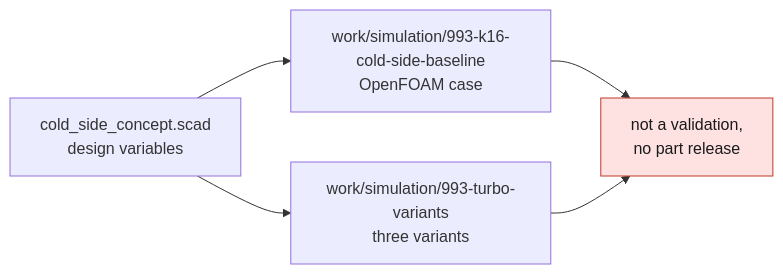
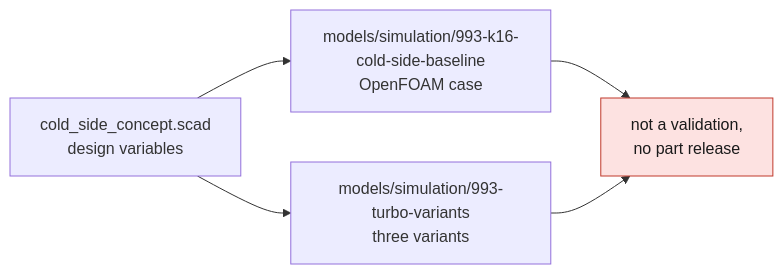
One commit to cluster2600/porscheparts changed the diagram in parts/993-turbocharger-k16-cold-side-prototype/README.md. Above: the diagram before and after it, drawn with Mermaid. The commit also changed other lines of this file and 140 other files, not shown here.

````diff
--- a/parts/993-turbocharger-k16-cold-side-prototype/README.md
+++ b/parts/993-turbocharger-k16-cold-side-prototype/README.md
@@ -14,9 +14,9 @@
 ```mermaid
 flowchart LR
-    P["cold_side_concept.scad<br/>design variables"] --> C["work/simulation/993-k16-cold-side-baseline<br/>OpenFOAM case"]
-    P --> V["work/simulation/993-turbo-variants<br/>three variants"]
+    P["cold_side_concept.scad<br/>design variables"] --> C["models/simulation/993-k16-cold-side-baseline<br/>OpenFOAM case"]
+    P --> V["models/simulation/993-turbo-variants<br/>three variants"]
     C --> X["not a validation,<br/>no part release"]
     V --> X
     classDef stop fill:#fde2e1,stroke:#c0392b,color:#1a1a1a;
     class X stop
 ```
````
